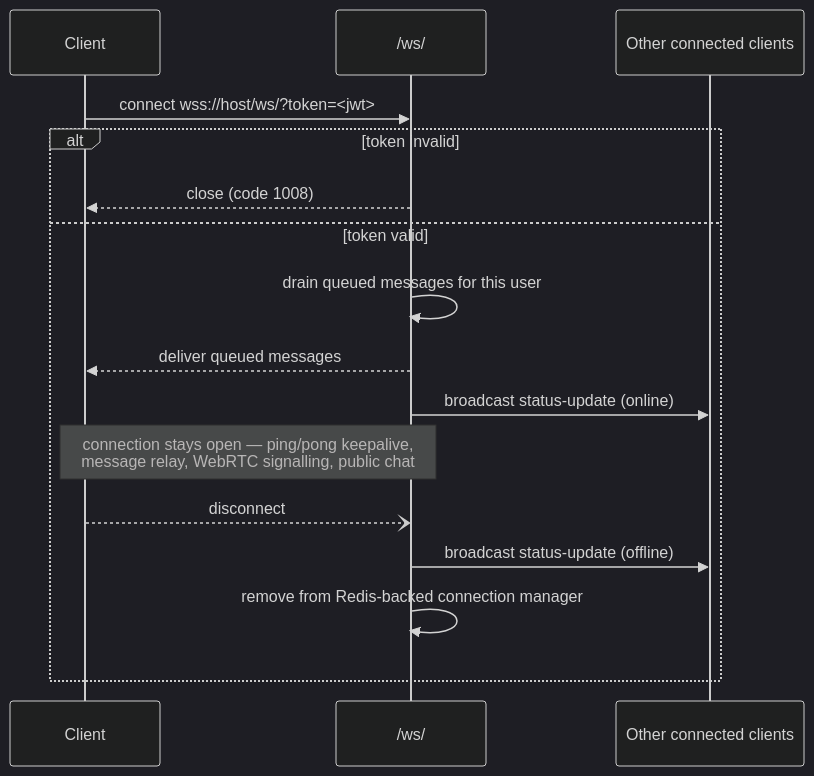
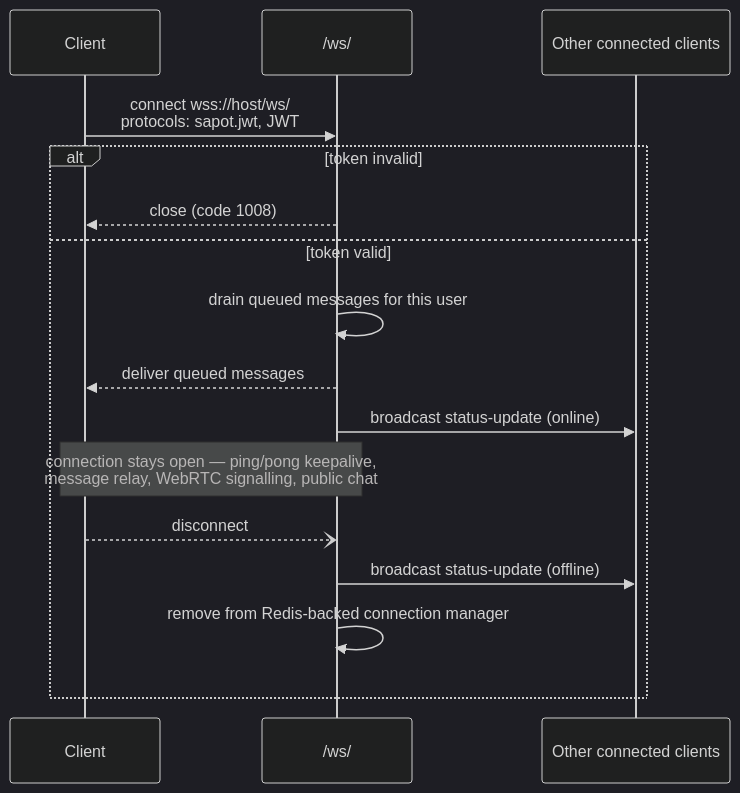
One commit to SAPOT-System/YLP-software changed the first of 2 diagrams in docs/api/messaging-and-websocket.md. Above: the diagram before and after it, drawn with Mermaid (dark theme). The commit also changed other lines of this file and 36 other files, not shown here.

Commit message:
fix(server-auth): secure websocket JWT handshakes

````diff
--- a/docs/api/messaging-and-websocket.md
+++ b/docs/api/messaging-and-websocket.md
@@ -42,19 +45,19 @@
 ```mermaid
 sequenceDiagram
     participant Client
     participant Server as /ws/
     participant Others as Other connected clients
 
-    Client->>Server: connect wss://host/ws/?token=<jwt>
+    Client->>Server: connect wss://host/ws/<br/>protocols: sapot.jwt, JWT
     alt token invalid
         Server-->>Client: close (code 1008)
     else token valid
         Server->>Server: drain queued messages for this user
         Server-->>Client: deliver queued messages
         Server->>Others: broadcast status-update (online)
         Note over Client,Server: connection stays open — ping/pong keepalive,<br/>message relay, WebRTC signalling, public chat
         Client--)Server: disconnect
         Server->>Others: broadcast status-update (offline)
         Server->>Server: remove from Redis-backed connection manager
     end
 ```
````
